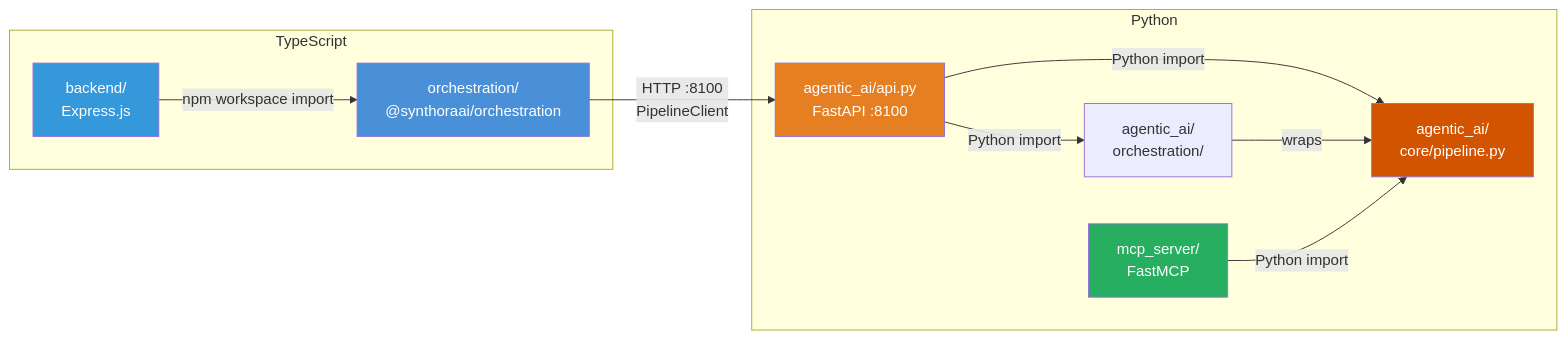
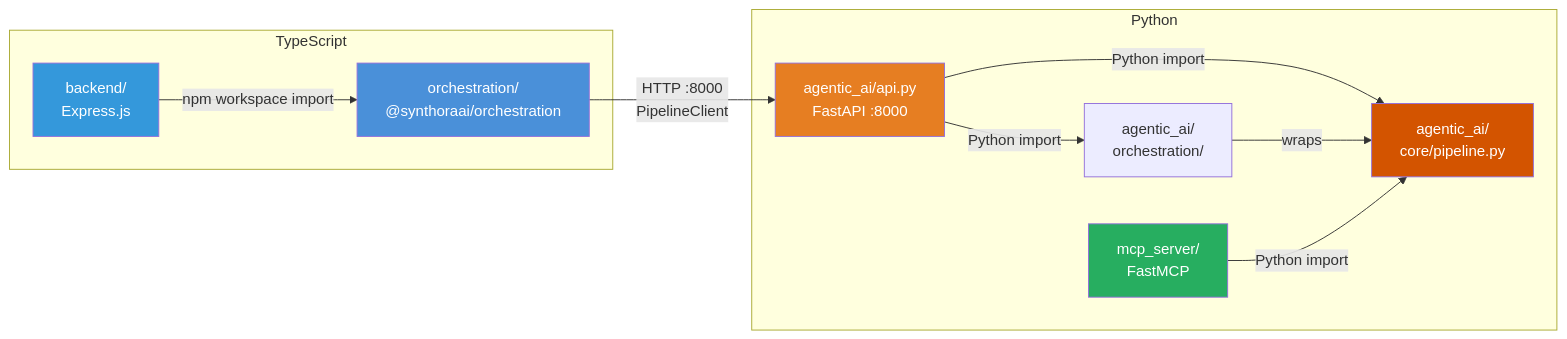
Before and after one commit to hoangsonww/AI-Gov-Content-Curator: the tenth of 20 diagrams in AI_ML.md, drawn with Mermaid. The commit also changed other lines of this file and 55 other files, not shown here.

````diff
--- a/AI_ML.md
+++ b/AI_ML.md
@@ -727,27 +727,27 @@
 ```mermaid
 graph LR
     subgraph "TypeScript"
         BE["backend/<br/>Express.js"]
         ORC["orchestration/<br/>@synthoraai/orchestration"]
     end
 
     subgraph "Python"
-        API["agentic_ai/api.py<br/>FastAPI :8100"]
+        API["agentic_ai/api.py<br/>FastAPI :8000"]
         PIPE["agentic_ai/<br/>core/pipeline.py"]
         ORCHPY["agentic_ai/<br/>orchestration/"]
         MCP["mcp_server/<br/>FastMCP"]
     end
 
     BE -->|"npm workspace import"| ORC
-    ORC -->|"HTTP :8100<br/>PipelineClient"| API
+    ORC -->|"HTTP :8000<br/>PipelineClient"| API
     API -->|"Python import"| PIPE
     API -->|"Python import"| ORCHPY
     ORCHPY -->|"wraps"| PIPE
     MCP -->|"Python import"| PIPE
 
     style BE fill:#3498db,color:#fff
     style ORC fill:#4a90d9,color:#fff
     style API fill:#e67e22,color:#fff
     style PIPE fill:#d35400,color:#fff
     style MCP fill:#27ae60,color:#fff
 ```
````
